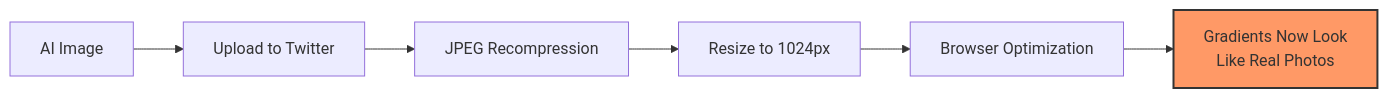
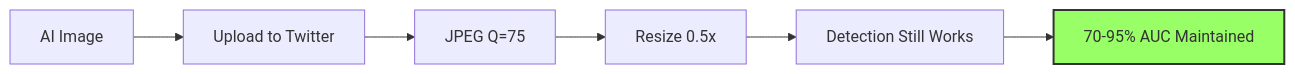
Before and after one commit to gsantopaolo/gsantopaolo.github.io: the third of 3 diagrams in _posts/2025/2025-12-15-detecting-ai-generated-images-what-actually-works.md, drawn with Mermaid. The commit also changed other lines of this file, not shown here.

````diff
--- a/_posts/2025/2025-12-15-detecting-ai-generated-images-what-actually-works.md
+++ b/_posts/2025/2025-12-15-detecting-ai-generated-images-what-actually-works.md
@@ -431,10 +436,10 @@
 ```mermaid
 graph LR
     A[AI Image] --> B[Upload to Twitter]
-    B --> C[JPEG Recompression]
-    C --> D[Resize to 1024px]
-    D --> E[Browser Optimization]
-    E --> F[Gradients Now Look<br/>Like Real Photos]
+    B --> C[JPEG Q=75]
+    C --> D[Resize 0.5x]
+    D --> E[Detection Still Works]
+    E --> F[70-95% AUC Maintained]
     
-    style F fill:#f96,stroke:#333,stroke-width:2px
+    style F fill:#9f6,stroke:#333,stroke-width:2px
 ```
````
